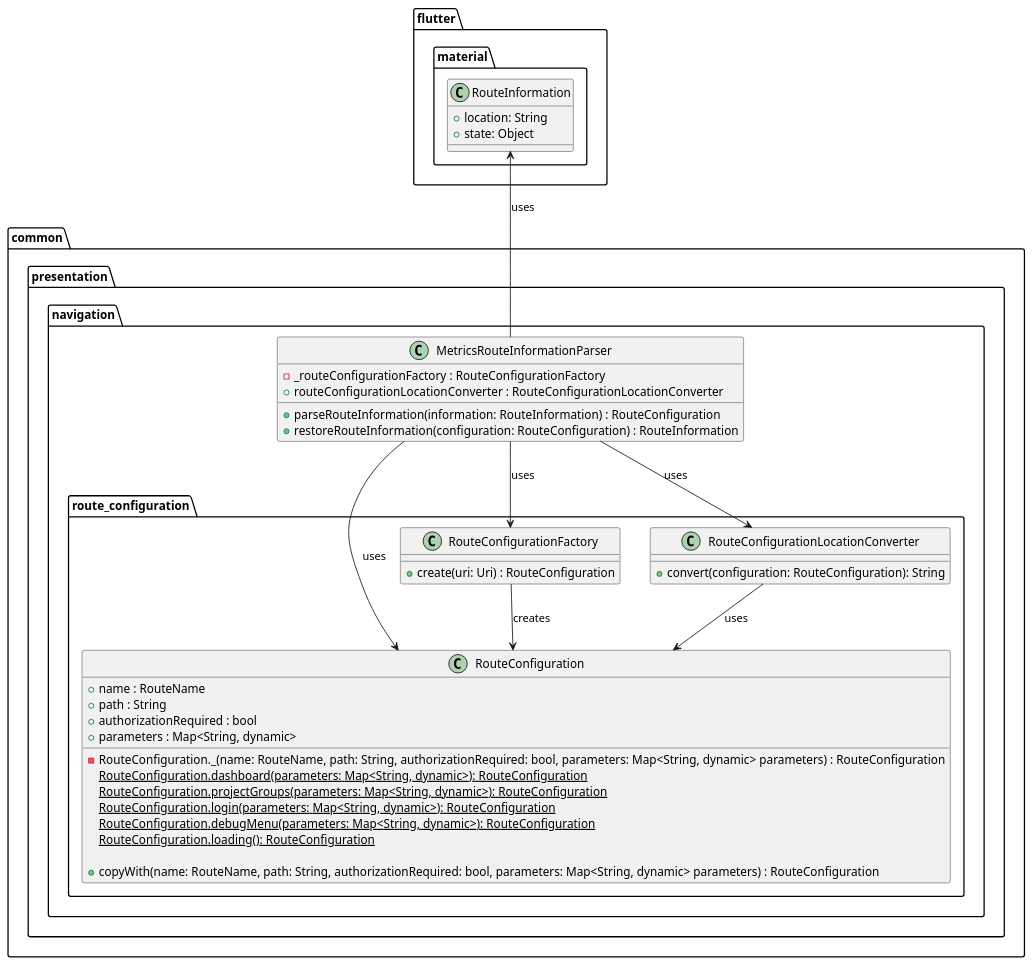
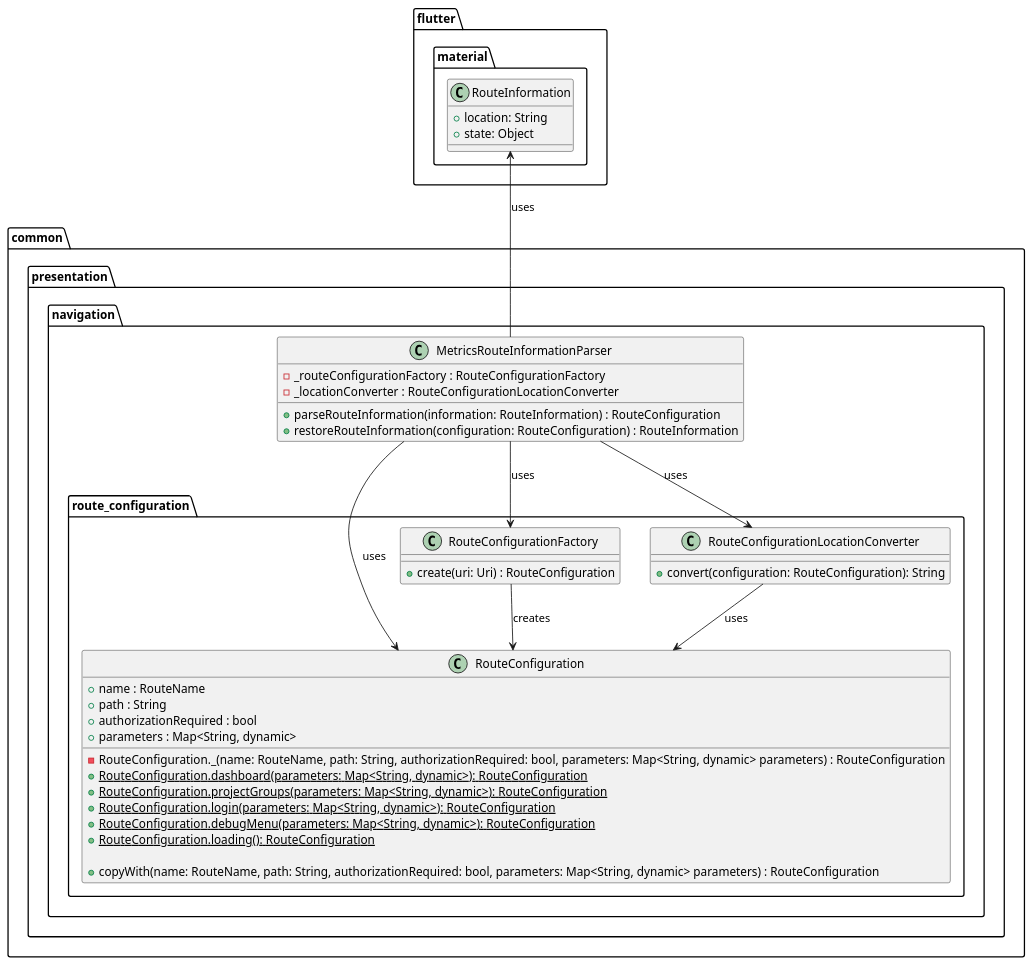
Before and after one commit to Flank/flank-dashboard: the diagram in metrics/web/docs/features/deep_links/diagrams/parsing_deep_links_class_diagram.puml, drawn with PlantUML. The commit also changed 1 other file, not shown here.

```diff
--- a/metrics/web/docs/features/deep_links/diagrams/parsing_deep_links_class_diagram.puml
+++ b/metrics/web/docs/features/deep_links/diagrams/parsing_deep_links_class_diagram.puml
@@ -1,55 +1,55 @@
 @startuml parsing_deep_links_class_diagram
 
 package common.presentation.navigation {
     class MetricsRouteInformationParser {
         - _routeConfigurationFactory : RouteConfigurationFactory
-        + routeConfigurationLocationConverter : RouteConfigurationLocationConverter
+        - _locationConverter : RouteConfigurationLocationConverter
 
         + parseRouteInformation(information: RouteInformation) : RouteConfiguration
         + restoreRouteInformation(configuration: RouteConfiguration) : RouteInformation
     }
 
     package route_configuration {
         class RouteConfiguration {
             + name : RouteName
             + path : String
             + authorizationRequired : bool
             + parameters : Map<String, dynamic>
 
             - RouteConfiguration._(name: RouteName, path: String, authorizationRequired: bool, parameters: Map<String, dynamic> parameters) : RouteConfiguration
-            {static} RouteConfiguration.dashboard(parameters: Map<String, dynamic>): RouteConfiguration
-            {static} RouteConfiguration.projectGroups(parameters: Map<String, dynamic>): RouteConfiguration
-            {static} RouteConfiguration.login(parameters: Map<String, dynamic>): RouteConfiguration
-            {static} RouteConfiguration.debugMenu(parameters: Map<String, dynamic>): RouteConfiguration
-            {static} RouteConfiguration.loading(): RouteConfiguration
+            + {static} RouteConfiguration.dashboard(parameters: Map<String, dynamic>): RouteConfiguration
+            + {static} RouteConfiguration.projectGroups(parameters: Map<String, dynamic>): RouteConfiguration
+            + {static} RouteConfiguration.login(parameters: Map<String, dynamic>): RouteConfiguration
+            + {static} RouteConfiguration.debugMenu(parameters: Map<String, dynamic>): RouteConfiguration
+            + {static} RouteConfiguration.loading(): RouteConfiguration
 
             + copyWith(name: RouteName, path: String, authorizationRequired: bool, parameters: Map<String, dynamic> parameters) : RouteConfiguration
         }
 
         class RouteConfigurationFactory {
             + create(uri: Uri) : RouteConfiguration
         }
 
         class RouteConfigurationLocationConverter {
             + convert(configuration: RouteConfiguration): String
         }
     }
 }
 
 package flutter.material {
     class RouteInformation {
         + location: String
         + state: Object
     }
 }
 
 MetricsRouteInformationParser --> RouteConfiguration : uses
 MetricsRouteInformationParser -up-> RouteInformation : uses
 MetricsRouteInformationParser --> RouteConfigurationFactory : uses
 MetricsRouteInformationParser --> RouteConfigurationLocationConverter : uses
 
 RouteConfigurationFactory --> RouteConfiguration : creates
 
 RouteConfigurationLocationConverter --> RouteConfiguration : uses
 
 @enduml
```
